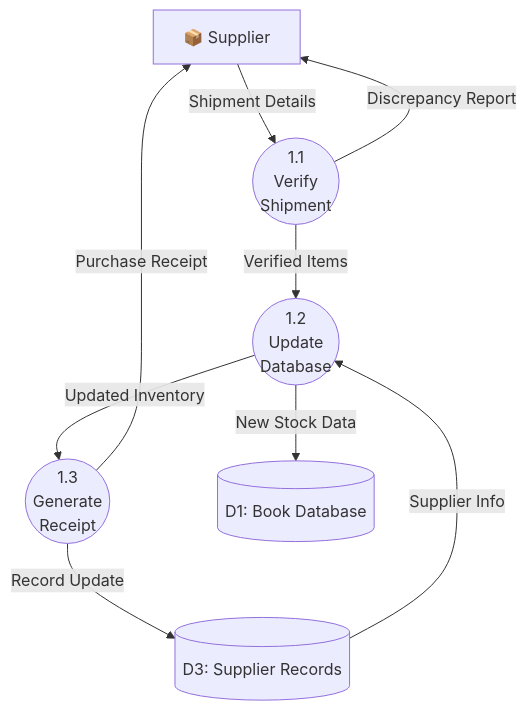
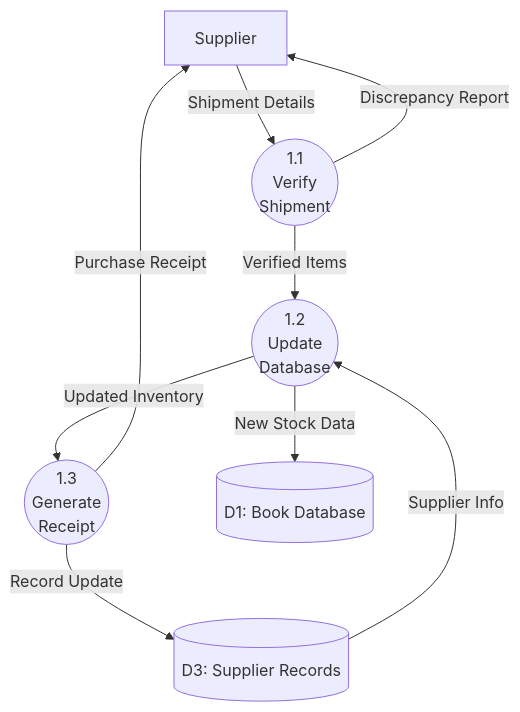
Before and after one commit to REZ3X/rejaka_web: the fourth of 10 diagrams in public/blog/posts/DataFlowDiagram/index.md, drawn with Mermaid. The commit also changed other lines of this file and 12 other files, not shown here.

````diff
--- a/public/blog/posts/DataFlowDiagram/index.md
+++ b/public/blog/posts/DataFlowDiagram/index.md
@@ -208,26 +219,26 @@
 ```mermaid
 flowchart TD
     %% External Entity
-    Supplier[📦 Supplier]
-    
+    Supplier[Supplier]
+
     %% Sub-processes
     P11((1.1<br/>Verify<br/>Shipment))
     P12((1.2<br/>Update<br/>Database))
     P13((1.3<br/>Generate<br/>Receipt))
-    
+
     %% Data Stores
     DS1[(D1: Book Database)]
     DS3[(D3: Supplier Records)]
-    
+
     %% Flows
     Supplier -->|Shipment Details| P11
     P11 -->|Verified Items| P12
     P11 -->|Discrepancy Report| Supplier
-    
+
     P12 -->|New Stock Data| DS1
     DS3 -->|Supplier Info| P12
-    
+
     P12 -->|Updated Inventory| P13
     P13 -->|Purchase Receipt| Supplier
     P13 -->|Record Update| DS3
 ```
````
